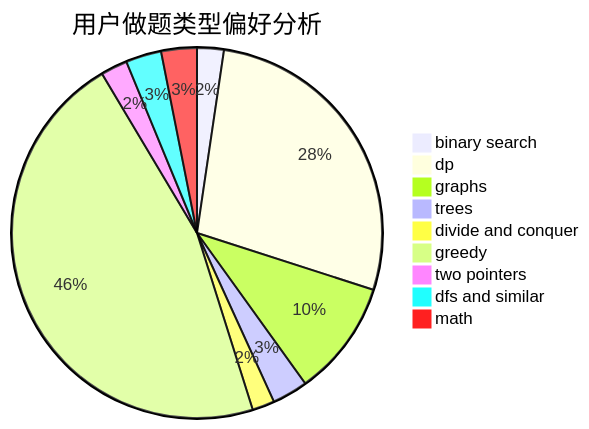
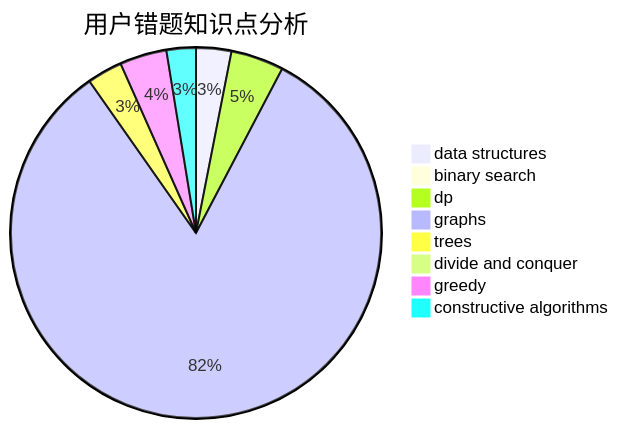
Before and after one commit to sherpahu/cfrs.github.io: the third of 3 diagrams in docs/user/u1242.md, drawn with Mermaid. The commit also changed other lines of this file and 2775 other files, not shown here.

````diff
--- a/docs/user/u1242.md
+++ b/docs/user/u1242.md
@@ -23,12 +36,11 @@
 ```mermaid
-pie title 用户做题类型偏好分析
-    "binary search" :  6
-    "dp" :  71
-    "graphs" :  26
-    "trees" :  8
-    "divide and conquer" :  5
-    "greedy" :  119
-    "two pointers" :  6
-    "dfs and similar" :  8
-    "math" :  8
+pie title 用户错题知识点分析
+    "data structures" :  6
+    "binary search" :  0
+    "dp" :  9
+    "graphs" :  161
+    "trees" :  6
+    "divide and conquer" :  1
+    "greedy" :  8
+    "constructive algorithms" :  5
 ```
````
